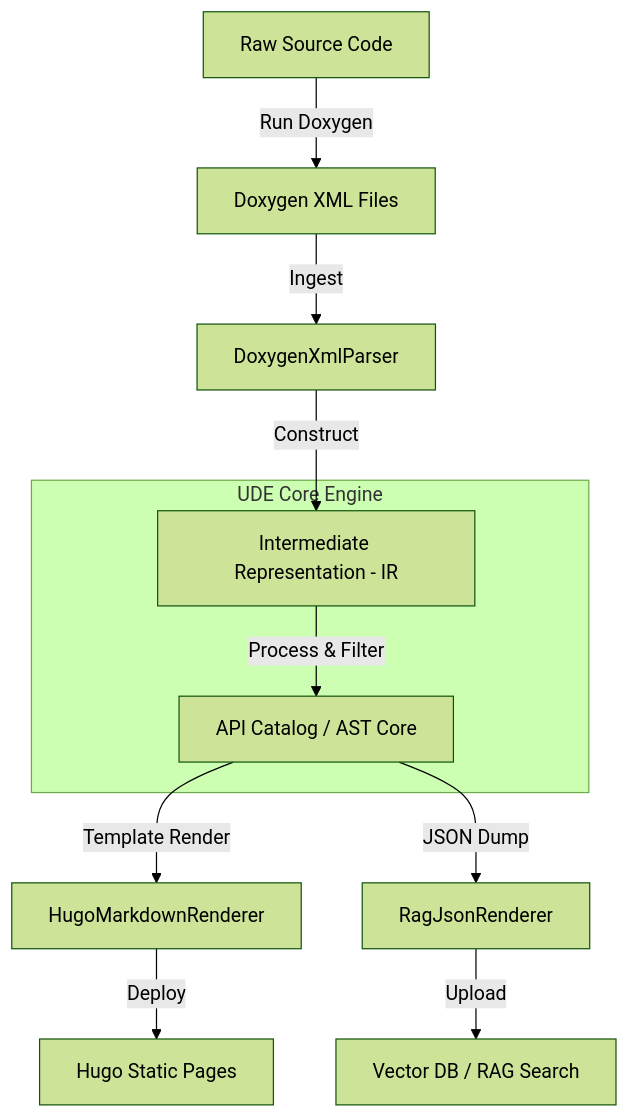
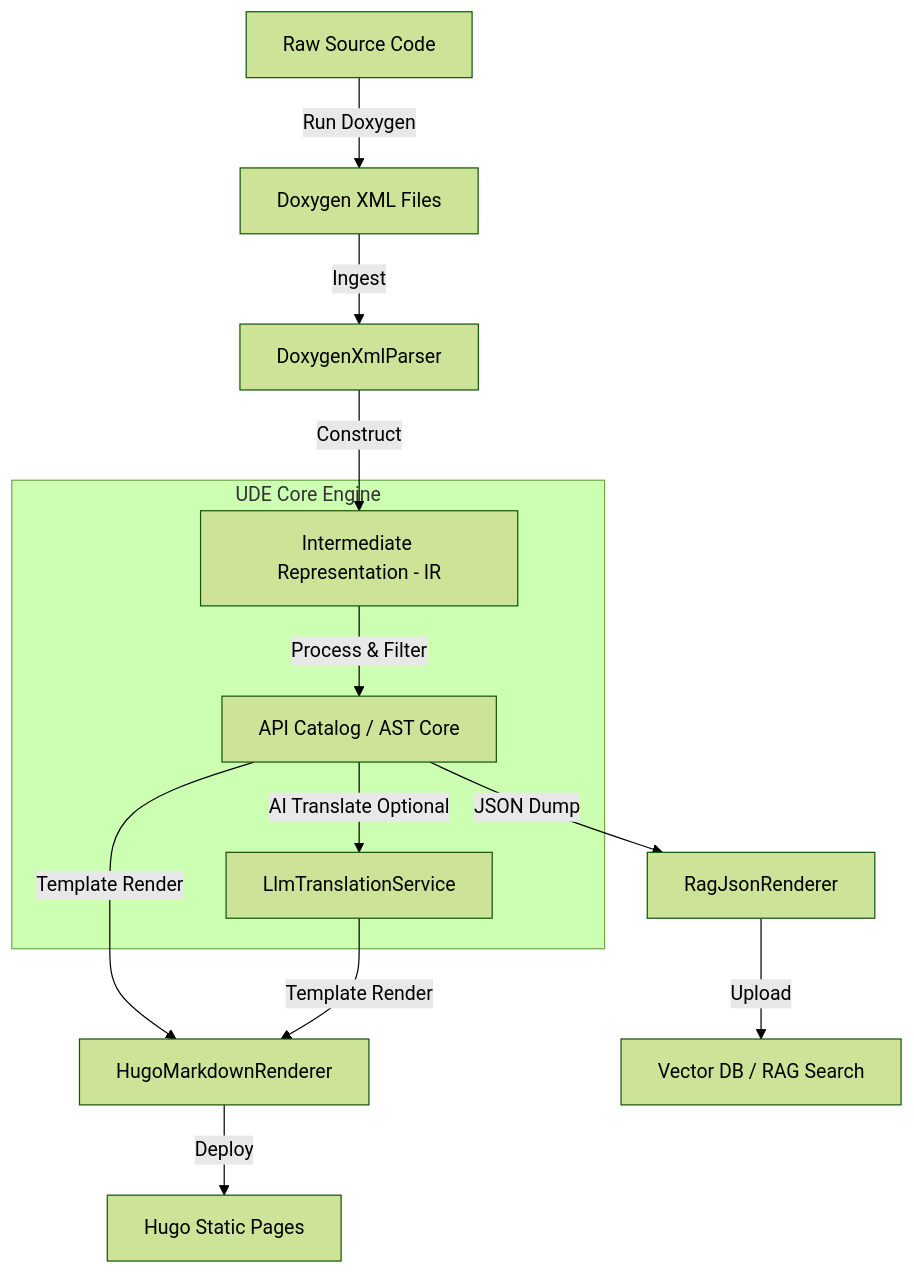
Before and after one commit to Sir-Derryk/ude-design-docs: the diagram in docs/sdd/index.md, drawn with Mermaid (forest theme). The commit also changed other lines of this file and 2 other files, not shown here.

Commit message:
docs: decouple read-only push gate validation from write-enabled AI doc enrichment and refine requirements

````diff
--- a/docs/sdd/index.md
+++ b/docs/sdd/index.md
@@ -14,16 +14,18 @@
 ```mermaid
 graph TD
     A[Raw Source Code] -->|Run Doxygen| B[Doxygen XML Files]
     B -->|Ingest| C[DoxygenXmlParser]
     C -->|Construct| D[Intermediate Representation - IR]
     
     subgraph UDE Core Engine
         D -->|Process & Filter| E[API Catalog / AST Core]
+        E -->|AI Translate Optional| LT[LlmTranslationService]
     end
     
     E -->|Template Render| F[HugoMarkdownRenderer]
+    LT -->|Template Render| F
     E -->|JSON Dump| G[RagJsonRenderer]
     
     F -->|Deploy| H[Hugo Static Pages]
     G -->|Upload| I[Vector DB / RAG Search]
 ```
````
